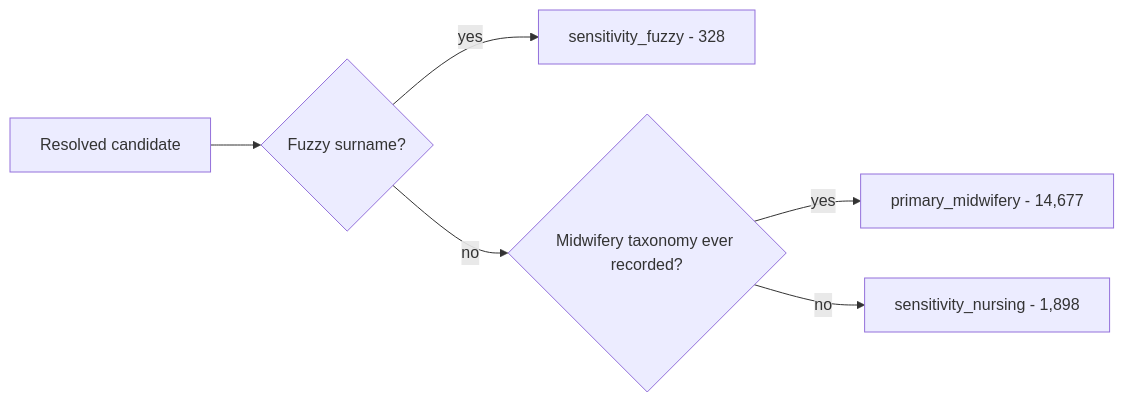
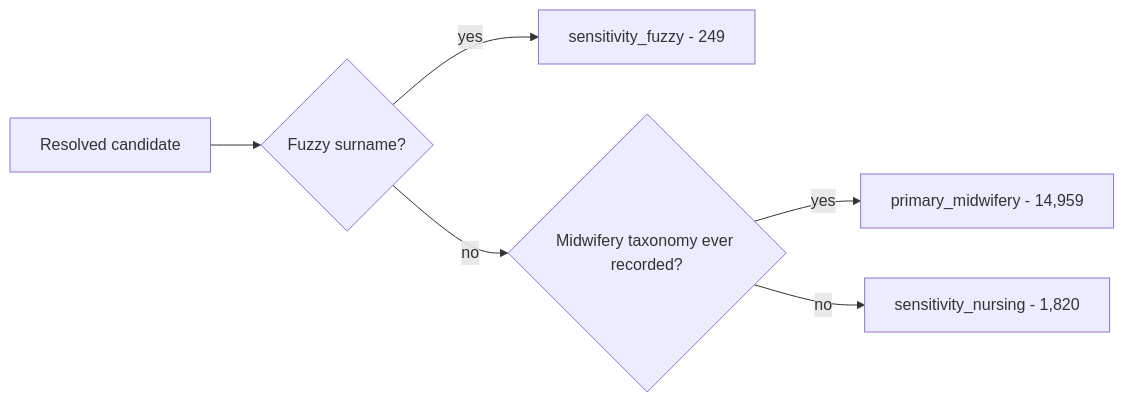
Before and after one commit to mufflyt/midwifery: the third of 5 diagrams in README.md, drawn with Mermaid. The commit also changed other lines of this file and 38 other files, not shown here.

````diff
--- a/README.md
+++ b/README.md
@@ -442,8 +442,8 @@
 ```mermaid
 flowchart LR
   S["Resolved candidate"] --> T1{"Fuzzy surname?"}
-  T1 -->|yes| F["sensitivity_fuzzy - 328"]
+  T1 -->|yes| F["sensitivity_fuzzy - 249"]
   T1 -->|no| T2{"Midwifery taxonomy ever recorded?"}
-  T2 -->|yes| P["primary_midwifery - 14,677"]
-  T2 -->|no| N["sensitivity_nursing - 1,898"]
+  T2 -->|yes| P["primary_midwifery - 14,959"]
+  T2 -->|no| N["sensitivity_nursing - 1,820"]
 ```
````
